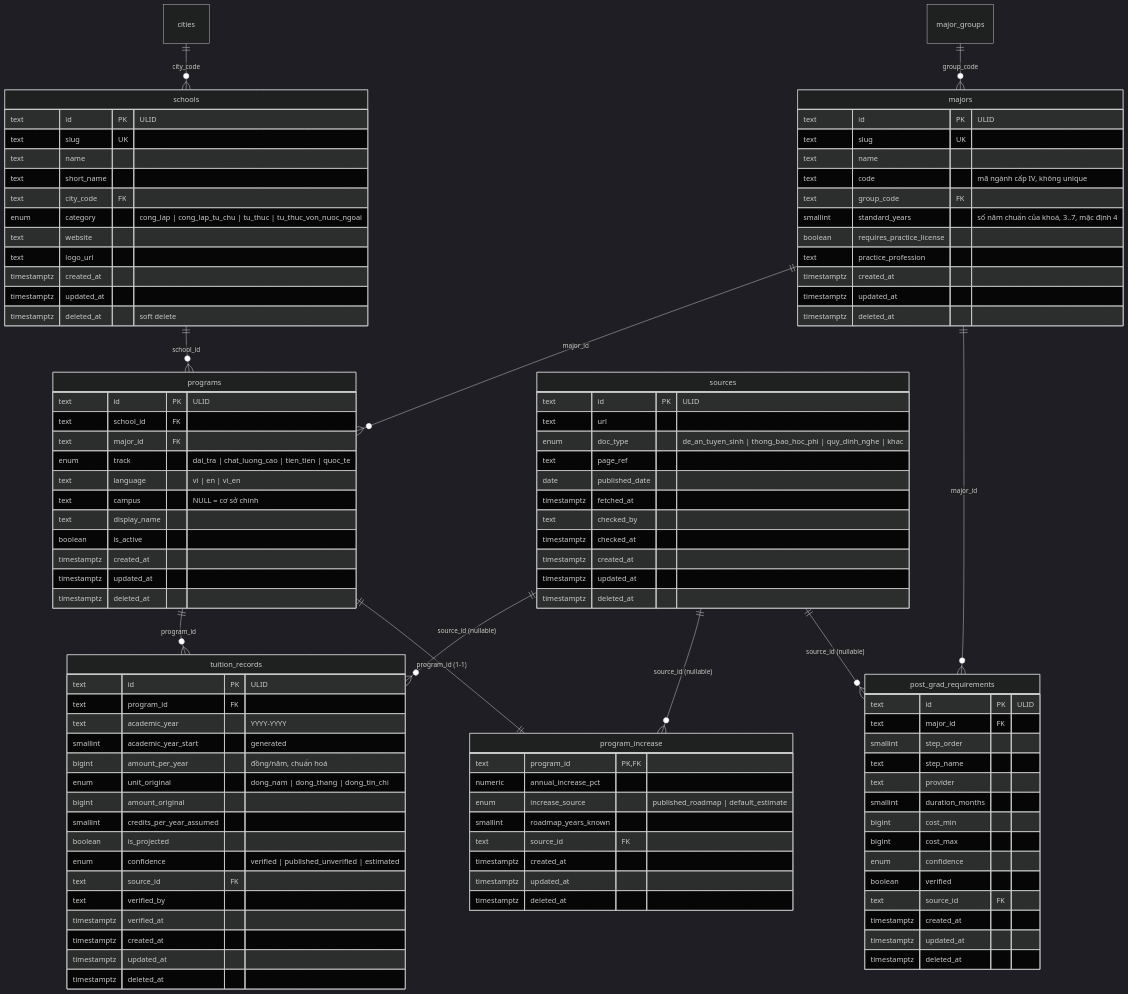
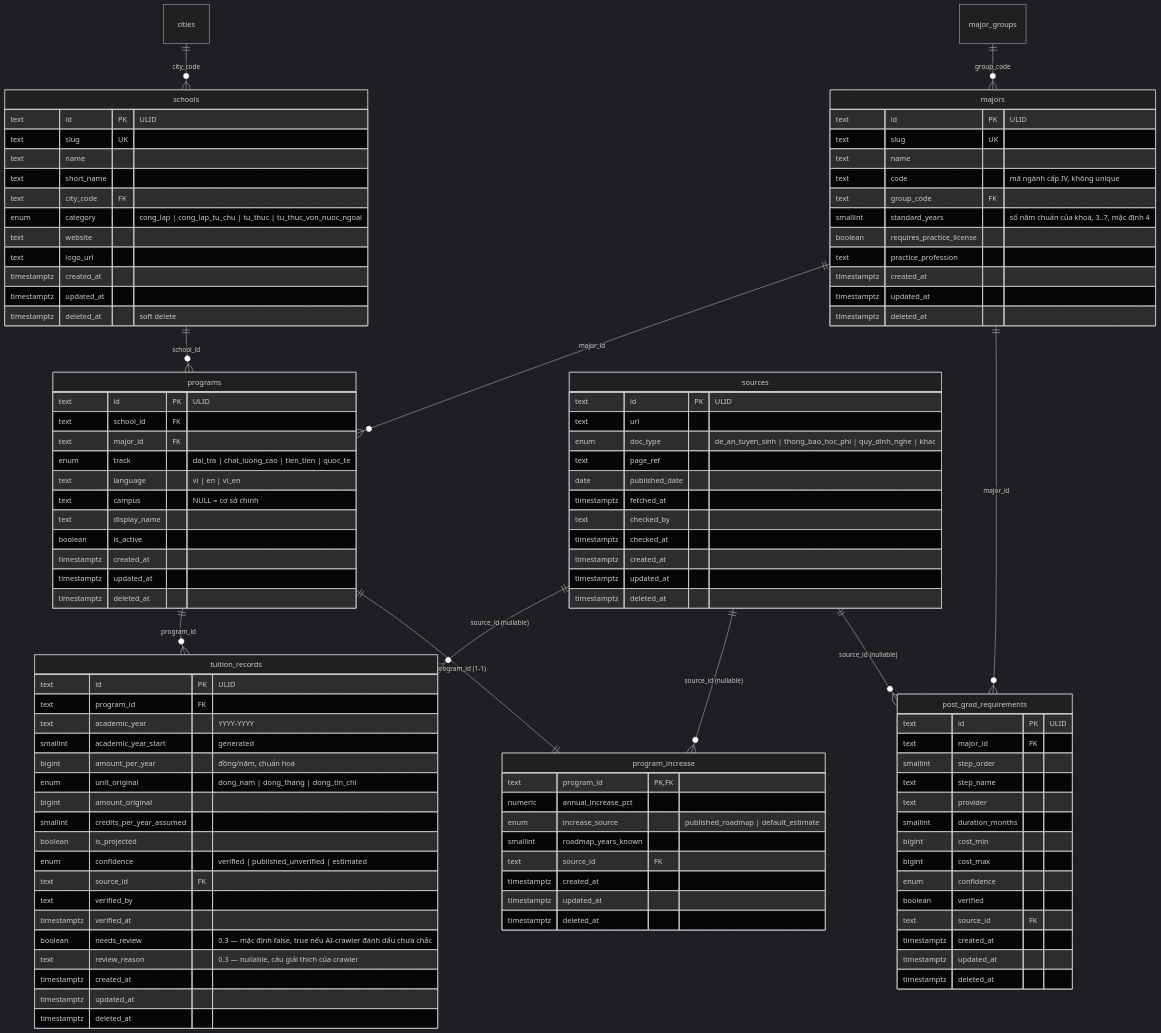
Before and after one commit to hocphi-info/hocphi-info-be: the diagram in docs/schema.md, drawn with Mermaid (dark theme). The commit also changed other lines of this file and 2 other files, not shown here.

First line of the commit message:
feat(week2): add needs_review/review_reason to tuition_records

```diff
--- a/docs/schema.md
+++ b/docs/schema.md
@@ -95,6 +101,8 @@
     text     source_id FK
     text     verified_by
     timestamptz verified_at
+    boolean  needs_review "0.3 — mặc định false, true nếu AI-crawler đánh dấu chưa chắc"
+    text     review_reason "0.3 — nullable, câu giải thích của crawler"
     timestamptz created_at
     timestamptz updated_at
     timestamptz deleted_at
```
